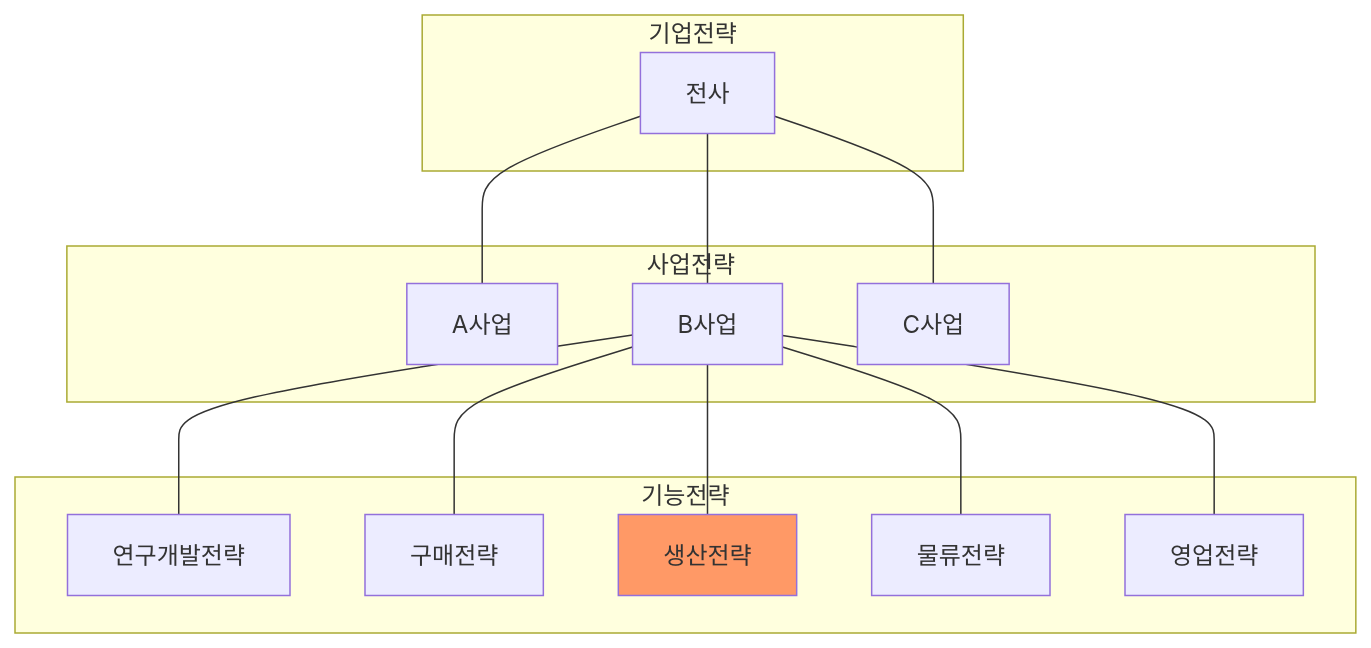
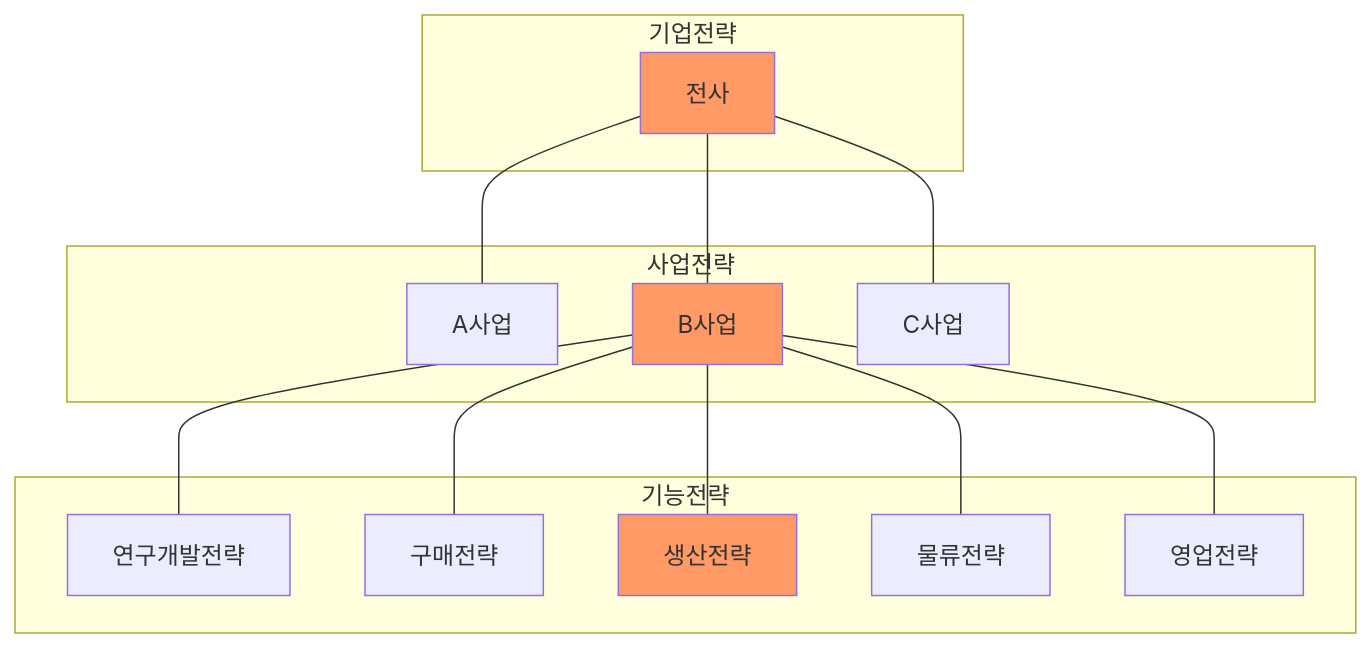
Before and after one commit to yeonkyupark/PEPC: the diagram in 1-1. 경쟁우위 생산전략.qmd, drawn with Mermaid.

Commit message:
1-1. 경쟁우위 생산전략.qmd 업데이트

````diff
--- a/1-1. 경쟁우위 생산전략.qmd
+++ b/1-1. 경쟁우위 생산전략.qmd
@@ -7,22 +7,22 @@
 ```{mermaid}
 flowchart TD
   subgraph 기업전략
-    전사
+    전사:::someclass
   end
   subgraph 사업전략
     A사업
-    B사업
+    B사업:::someclass
     C사업
   end
   subgraph 기능전략
     연구개발전략
     구매전략
     생산전략:::someclass
     물류전략
     영업전략
   end
   전사 --- A사업 & B사업 & C사업
   B사업 --- 연구개발전략 & 구매전략 & 생산전략 & 물류전략 & 영업전략
 
 classDef someclass fill:#f96 
 ```
````
